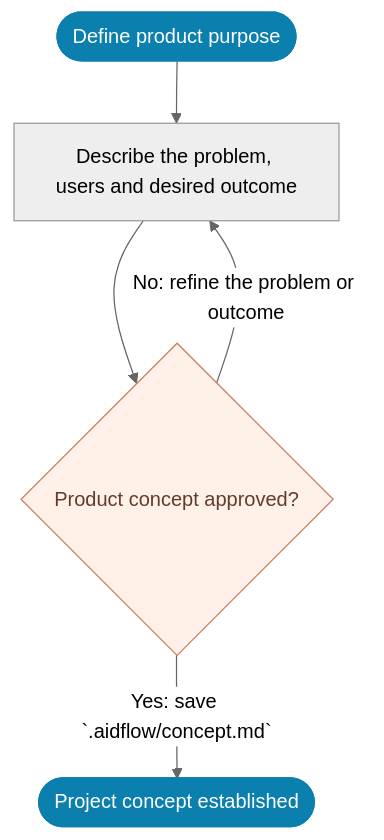
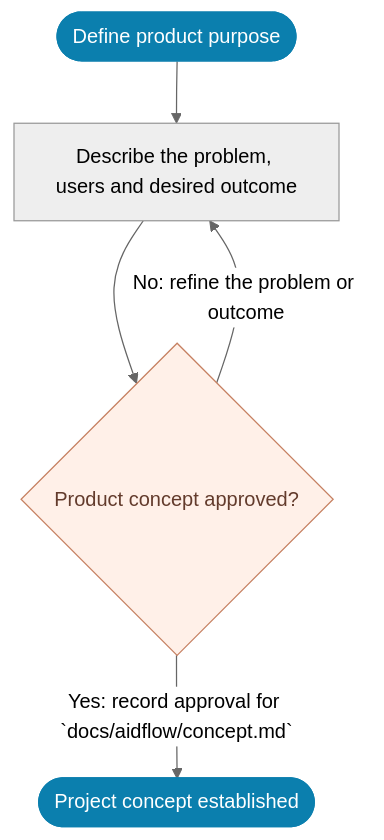
The diagram in flows/concept.mmd (vanlangenlabs/aidflow), drawn with Mermaid (neutral theme) before and after one commit. The commit also changed 14 other files, not shown here.

First line of the commit message:
Place consuming project outputs in docs/aidflow

```diff
--- a/flows/concept.mmd
+++ b/flows/concept.mmd
@@ -1,26 +1,26 @@
 flowchart TD
     start([Define product purpose]) --> concept[Describe the problem, users and desired outcome]
 %% @aidflow-context concept
-%% Store only the stable product rationale in `.aidflow/concept.md`: the problem,
+%% Store only the stable product rationale in `docs/aidflow/concept.md`: the problem,
 %% intended users, desired outcome, boundaries and success measures. Do not list
 %% all features here or introduce technical implementation choices.
 
-%% Record path: `.aidflow/concept.md`.
+%% Record path: `docs/aidflow/concept.md`.
 %% Record outline: Problem; Intended users; Desired outcome; Product boundaries and non-goals; Success measures; Decisions and evidence.
 %% Mutable statuses belong in the index. Example IDs and versions are placeholders.
 %% For a new project's first questions, read `reference/concept-example.md` (relative to aidflow.md).
 %% @end-aidflow-context
     concept --> conceptApproval{Product concept approved?}
     conceptApproval -- No: refine the problem or outcome --> concept
-    conceptApproval -- Yes: save `.aidflow/concept.md` --> conceptReady([Project concept established])
+    conceptApproval -- Yes: record approval for `docs/aidflow/concept.md` --> conceptReady([Project concept established])
 %% @aidflow-context conceptApproval
 %% Save the draft before requesting approval.
 %% Obtain explicit human approval for the exact current file digest. Record the
 %% decision evidence in `.aidflow/index.md` according to
 %% `reference/approvals.md` (relative to aidflow.md). Revisit only when the product direction materially changes.
 %% @end-aidflow-context
 
     classDef boundary fill:#0b7fae,color:#ffffff,stroke:#0b7fae
     classDef approval fill:#fff0e8,color:#633b2c,stroke:#c68162
     class start,conceptReady boundary
     class conceptApproval approval
```
